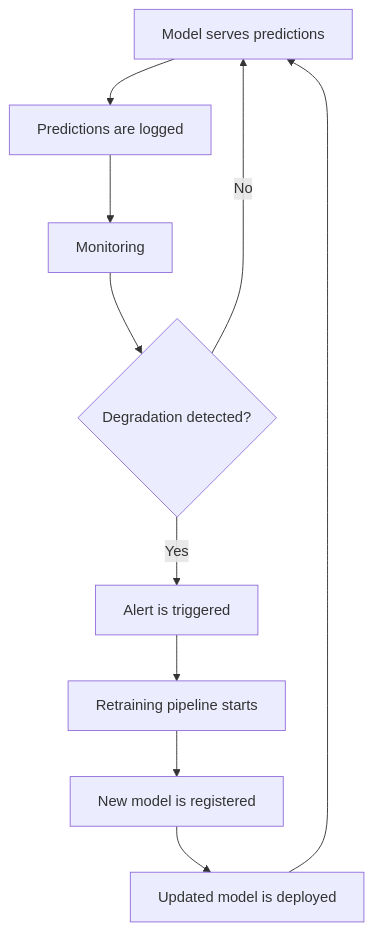
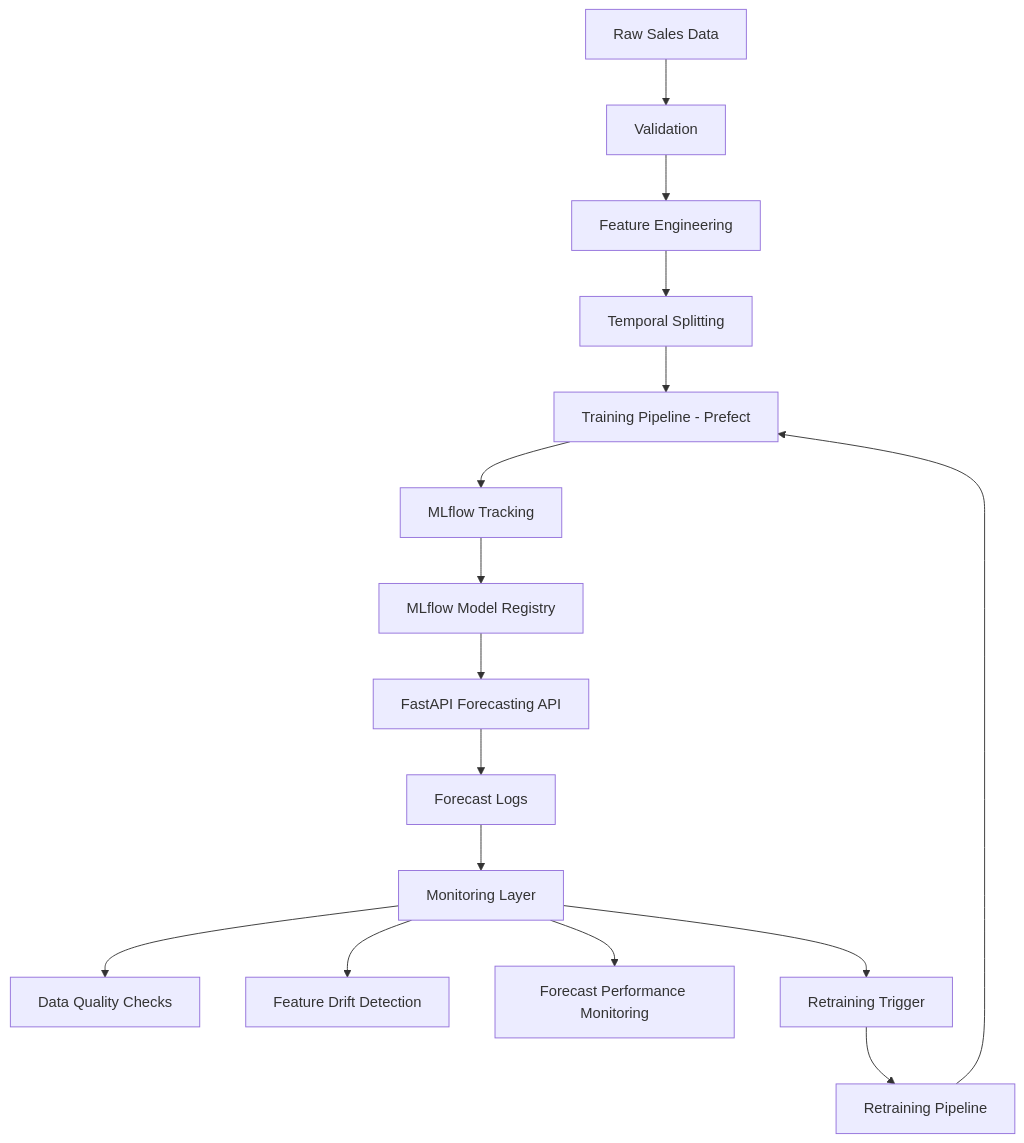
The first of 2 diagrams in README.md (SL14-SL/mlops-sales-forecasting), drawn with Mermaid before and after one commit. The commit also changed other lines of this file and 1 other file, not shown here.

Commit message:
docs: improve forecasting README and add API screenshot

````diff
--- a/README.md
+++ b/README.md
@@ -79,12 +85,21 @@
 ```mermaid
-flowchart TD
-    A[Model serves predictions] --> B[Predictions are logged]
-    B --> C[Monitoring]
-    C --> D{Degradation detected?}
-    D -- No --> A
-    D -- Yes --> E[Alert is triggered]
-    E --> F[Retraining pipeline starts]
-    F --> G[New model is registered]
-    G --> H[Updated model is deployed]
-    H --> A
+flowchart TB
+A[Raw Sales Data] --> B[Validation]
+B --> C[Feature Engineering]
+C --> D[Temporal Splitting]
+D --> E[Training Pipeline - Prefect]
+E --> F[MLflow Tracking]
+F --> G[MLflow Model Registry]
+G --> H[FastAPI Forecasting API]
+
+H --> I[Forecast Logs]
+I --> J[Monitoring Layer]
+
+J --> K[Data Quality Checks]
+J --> L[Feature Drift Detection]
+J --> M[Forecast Performance Monitoring]
+J --> N[Retraining Trigger]
+
+N --> O[Retraining Pipeline]
+O --> E
 ```
````
